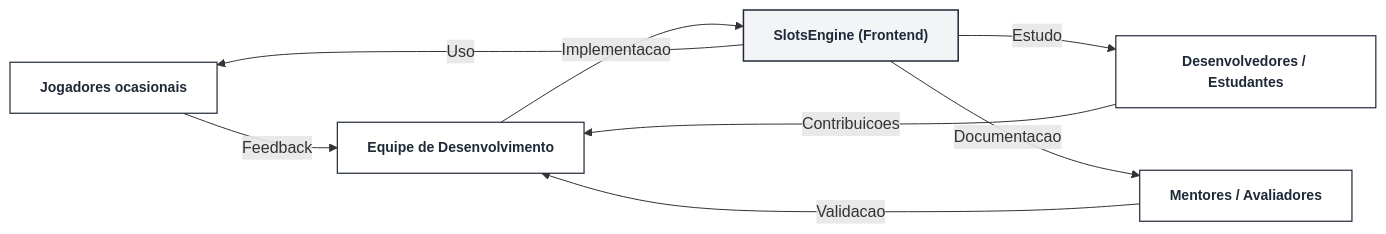
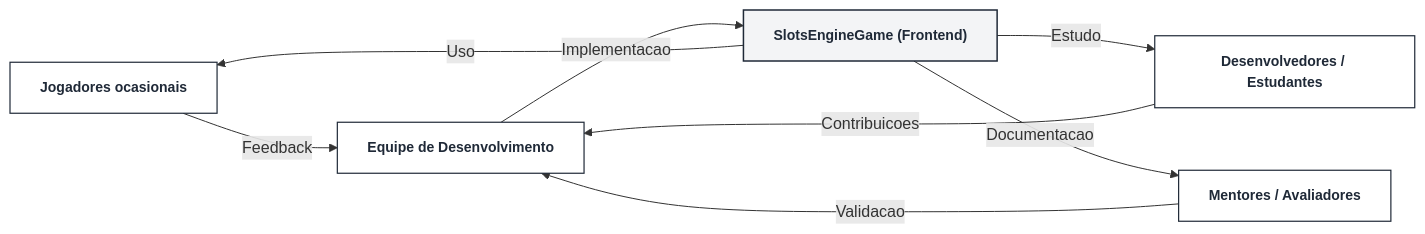
Before and after one commit to hmbenicio/SlotsEngineGame: the diagram in Docs/01-Documentacao de Contexto.md, drawn with Mermaid. The commit also changed other lines of this file and 43 other files, not shown here.

````diff
--- a/Docs/01-Documentacao de Contexto.md
+++ b/Docs/01-Documentacao de Contexto.md
@@ -44,24 +44,24 @@
 ```mermaid
 flowchart LR
     classDef node fill:#ffffff,stroke:#1f2937,stroke-width:1.2px,color:#1f2937,font-size:14px,font-weight:bold;
     classDef center fill:#f3f4f6,stroke:#1f2937,stroke-width:1.5px,color:#1f2937,font-size:14px,font-weight:bold;
 
     U["Jogadores ocasionais"]
     D["Desenvolvedores / Estudantes"]
     M["Mentores / Avaliadores"]
     E["Equipe de Desenvolvimento"]
-    A["SlotsEngine (Frontend)"]
+    A["SlotsEngineGame (Frontend)"]
 
     class U,D,M,E node;
     class A center;
 
     U -->|"Feedback"| E
     D -->|"Contribuicoes"| E
     M -->|"Validacao"| E
 
     E -->|"Implementacao"| A
 
     A -->|"Uso"| U
     A -->|"Estudo"| D
     A -->|"Documentacao"| M
 ```
````
